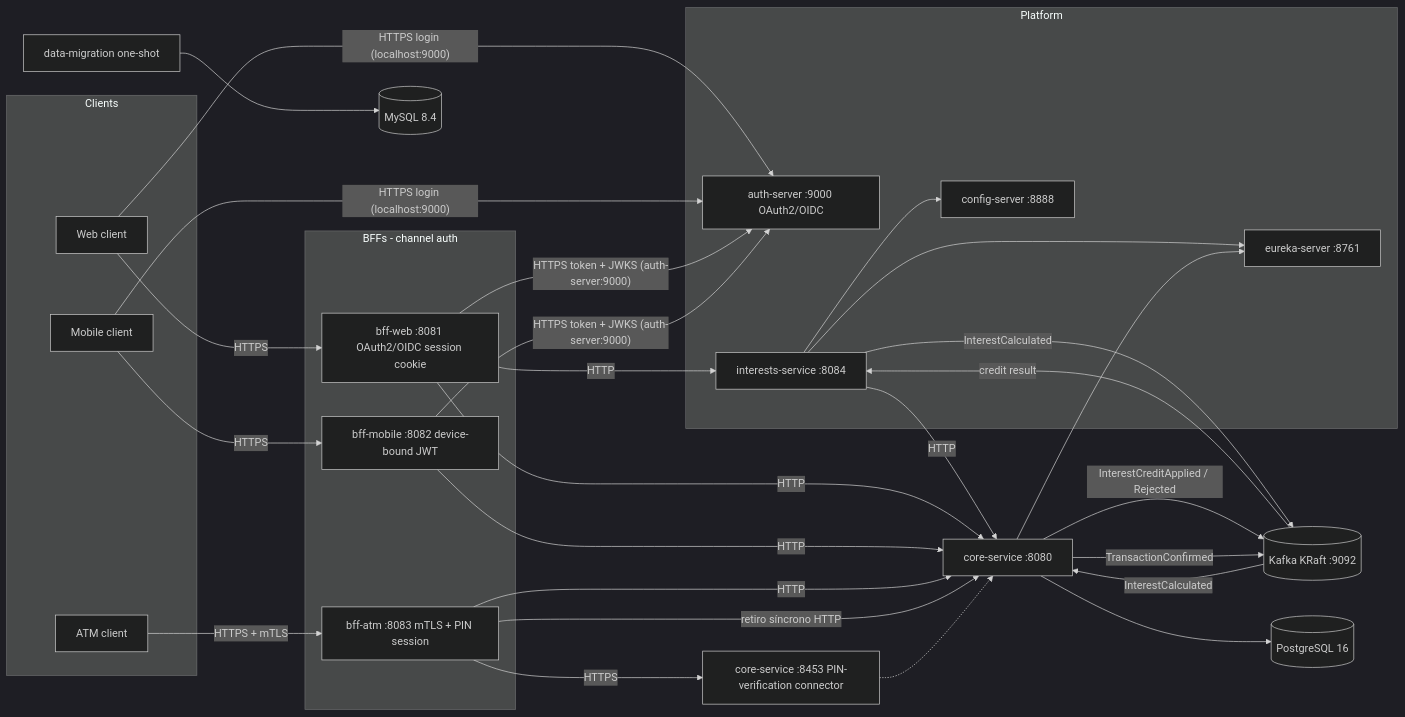
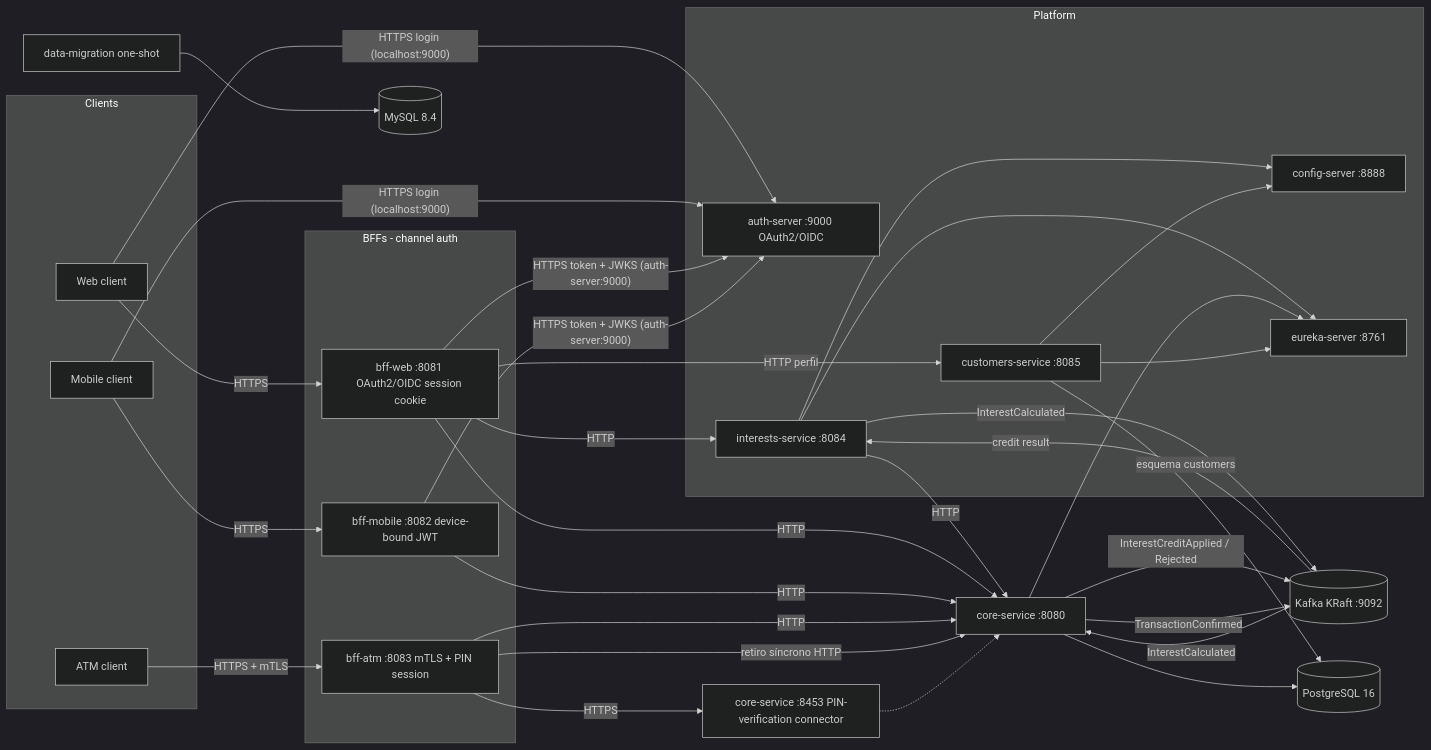
Before and after one commit to gustavoduocuc/xyz_bank_server: the diagram in README.md, drawn with Mermaid (dark theme). The commit also changed other lines of this file and 9 other files, not shown here.

First line of the commit message:
docs: record the service decomposition and wire customers-service into the stack

````diff
--- a/README.md
+++ b/README.md
@@ -19,54 +19,59 @@
 ```mermaid
 flowchart LR
   subgraph clients [Clients]
     WebClient[Web client]
     MobileClient[Mobile client]
     AtmClient[ATM client]
   end
 
   subgraph bffs [BFFs - channel auth]
     BffWeb[bff-web :8081 OAuth2/OIDC session cookie]
     BffMobile[bff-mobile :8082 device-bound JWT]
     BffAtm[bff-atm :8083 mTLS + PIN session]
   end
 
   subgraph platform [Platform]
     AuthServer[auth-server :9000 OAuth2/OIDC]
     ConfigServer[config-server :8888]
     EurekaServer[eureka-server :8761]
     InterestsService[interests-service :8084]
+    CustomersService[customers-service :8085]
   end
 
   CoreService[core-service :8080]
   CoreServicePin[core-service :8453 PIN-verification connector]
   Kafka[(Kafka KRaft :9092)]
   Postgres[(PostgreSQL 16)]
   MySQL[(MySQL 8.4)]
   Migration[data-migration one-shot]
 
   WebClient -- HTTPS --> BffWeb
   MobileClient -- HTTPS --> BffMobile
   WebClient -- "HTTPS login (localhost:9000)" --> AuthServer
   MobileClient -- "HTTPS login (localhost:9000)" --> AuthServer
   BffWeb -- "HTTPS token + JWKS (auth-server:9000)" --> AuthServer
   BffMobile -- "HTTPS token + JWKS (auth-server:9000)" --> AuthServer
   AtmClient -- HTTPS + mTLS --> BffAtm
   BffWeb -- HTTP --> InterestsService
   BffWeb -- HTTP --> CoreService
+  BffWeb -- "HTTP perfil" --> CustomersService
   BffMobile -- HTTP --> CoreService
   BffAtm -- HTTP --> CoreService
   BffAtm -- HTTPS --> CoreServicePin
   InterestsService -- HTTP --> CoreService
   InterestsService -- "InterestCalculated" --> Kafka
   Kafka -- "InterestCalculated" --> CoreService
   CoreService -- "InterestCreditApplied / Rejected" --> Kafka
   Kafka -- "credit result" --> InterestsService
   CoreService -- "TransactionConfirmed" --> Kafka
   BffAtm -- "retiro síncrono HTTP" --> CoreService
   InterestsService --> ConfigServer
   InterestsService --> EurekaServer
   CoreService --> EurekaServer
   CoreService --> Postgres
+  CustomersService -- "esquema customers" --> Postgres
+  CustomersService --> ConfigServer
+  CustomersService --> EurekaServer
   CoreServicePin -.-> CoreService
   Migration --> MySQL
 ```
````
